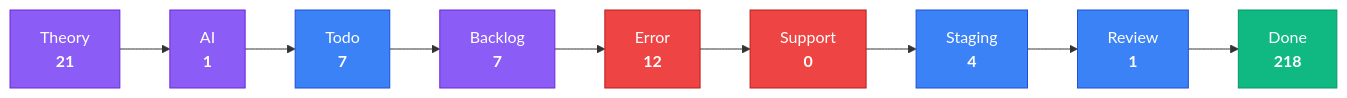
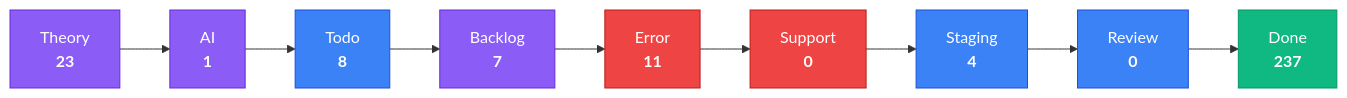
The third of 4 diagrams in apps/kbve/astro-kbve/src/content/docs/dashboard/kanban-data.mdx (KBVE/kbve), drawn with Mermaid before and after one commit. The commit also changed other lines of this file and 8 other files, not shown here.

````diff
--- a/apps/kbve/astro-kbve/src/content/docs/dashboard/kanban-data.mdx
+++ b/apps/kbve/astro-kbve/src/content/docs/dashboard/kanban-data.mdx
@@ -80,28 +79,28 @@
 ```mermaid
 flowchart LR
     classDef planning fill:#8b5cf6,stroke:#6d28d9,color:#fff
     classDef active fill:#3b82f6,stroke:#1d4ed8,color:#fff
     classDef blocked fill:#ef4444,stroke:#b91c1c,color:#fff
     classDef done fill:#10b981,stroke:#059669,color:#fff
-    Theory["Theory<br/><strong>21</strong>"]
+    Theory["Theory<br/><strong>23</strong>"]
     Theory --> AI
     AI["AI<br/><strong>1</strong>"]
     AI --> Todo
-    Todo["Todo<br/><strong>7</strong>"]
+    Todo["Todo<br/><strong>8</strong>"]
     Todo --> Backlog
     Backlog["Backlog<br/><strong>7</strong>"]
     Backlog --> Error
-    Error["Error<br/><strong>12</strong>"]
+    Error["Error<br/><strong>11</strong>"]
     Error --> Support
     Support["Support<br/><strong>0</strong>"]
     Support --> Staging
     Staging["Staging<br/><strong>4</strong>"]
     Staging --> Review
-    Review["Review<br/><strong>1</strong>"]
+    Review["Review<br/><strong>0</strong>"]
     Review --> Done
-    Done["Done<br/><strong>218</strong>"]
+    Done["Done<br/><strong>237</strong>"]
     class Theory,AI,Backlog planning
     class Todo,Staging,Review active
     class Error,Support blocked
     class Done done
 ```
````
